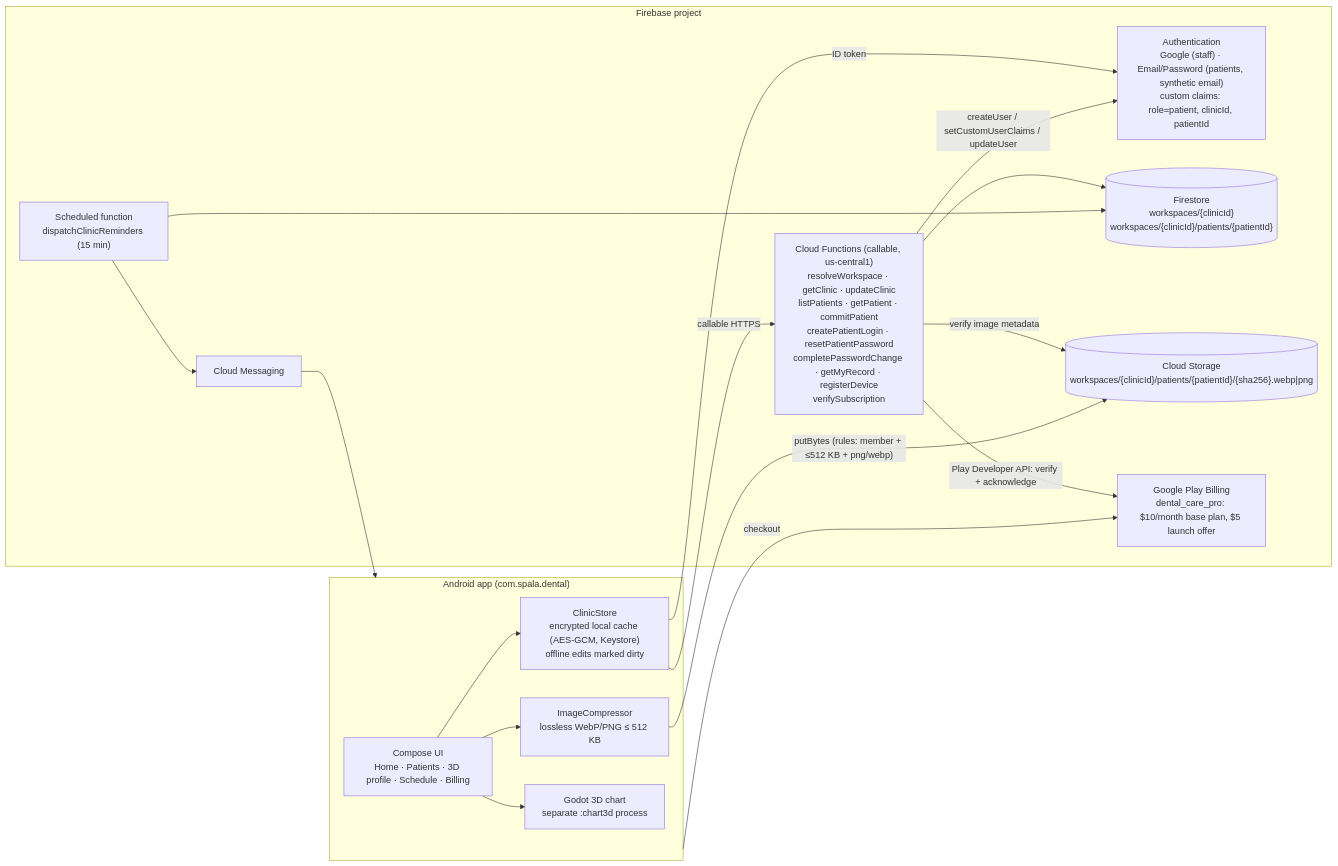
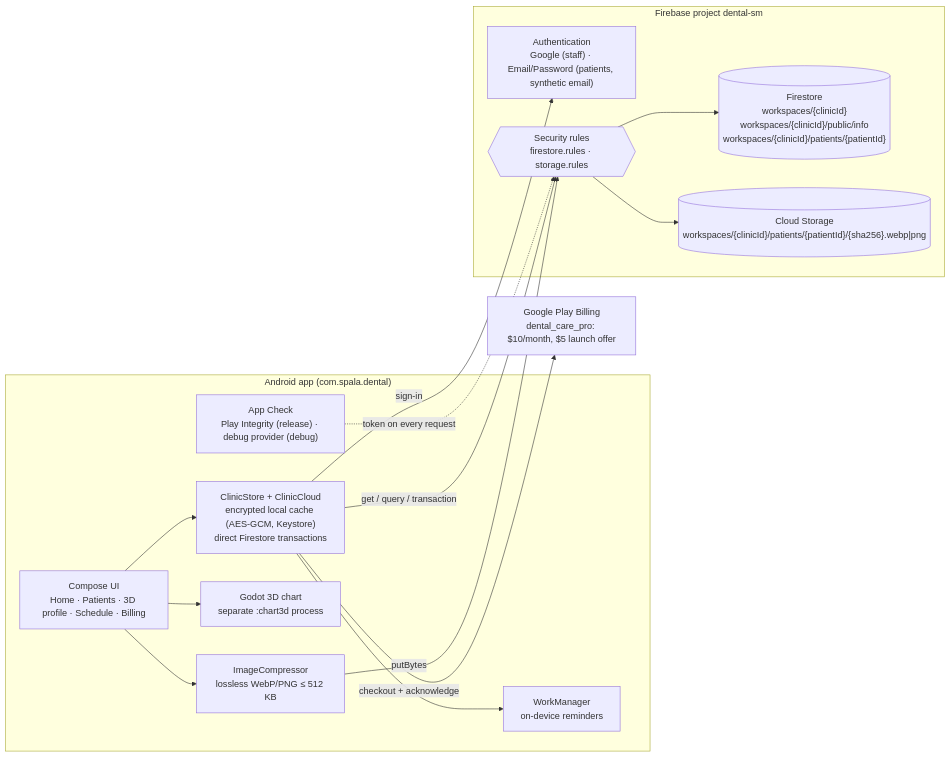
Before and after one commit to arifincsebuet/Dental: the first of 6 diagrams in Docs/firebase_architecture.md, drawn with Mermaid. The commit also changed other lines of this file and 30 other files, not shown here.

First line of the commit message:
Remove Cloud Functions: direct Firestore access secured by rules, App Check

````diff
--- a/Docs/firebase_architecture.md
+++ b/Docs/firebase_architecture.md
@@ -17,33 +17,29 @@
 ```mermaid
 flowchart LR
   subgraph Android["Android app (com.spala.dental)"]
     UI["Compose UI<br/>Home · Patients · 3D profile · Schedule · Billing"]
-    Store["ClinicStore<br/>encrypted local cache (AES-GCM, Keystore)<br/>offline edits marked dirty"]
+    Store["ClinicStore + ClinicCloud<br/>encrypted local cache (AES-GCM, Keystore)<br/>direct Firestore transactions"]
     Img["ImageCompressor<br/>lossless WebP/PNG ≤ 512 KB"]
+    WM["WorkManager<br/>on-device reminders"]
     G3D["Godot 3D chart<br/>separate :chart3d process"]
+    AC["App Check<br/>Play Integrity (release) · debug provider (debug)"]
     UI --> Store
     UI --> G3D
     UI --> Img
+    Store --> WM
   end
 
-  subgraph Firebase["Firebase project"]
-    Auth["Authentication<br/>Google (staff) · Email/Password (patients, synthetic email)<br/>custom claims: role=patient, clinicId, patientId"]
-    Fn["Cloud Functions (callable, us-central1)<br/>resolveWorkspace · getClinic · updateClinic<br/>listPatients · getPatient · commitPatient<br/>createPatientLogin · resetPatientPassword<br/>completePasswordChange · getMyRecord · registerDevice<br/>verifySubscription"]
-    FS[("Firestore<br/>workspaces/{clinicId}<br/>workspaces/{clinicId}/patients/{patientId}")]
+  subgraph Firebase["Firebase project dental-sm"]
+    Auth["Authentication<br/>Google (staff) · Email/Password (patients, synthetic email)"]
+    Rules{{"Security rules<br/>firestore.rules · storage.rules"}}
+    FS[("Firestore<br/>workspaces/{clinicId}<br/>workspaces/{clinicId}/public/info<br/>workspaces/{clinicId}/patients/{patientId}")]
     ST[("Cloud Storage<br/>workspaces/{clinicId}/patients/{patientId}/{sha256}.webp|png")]
-    Play["Google Play Billing<br/>dental_care_pro: $10/month base plan, $5 launch offer"]
-    Sch["Scheduled function<br/>dispatchClinicReminders (15 min)"]
-    FCM["Cloud Messaging"]
   end
+  Play["Google Play Billing<br/>dental_care_pro: $10/month, $5 launch offer"]
 
-  Store -- "ID token" --> Auth
-  Store -- "callable HTTPS" --> Fn
-  Fn --> FS
-  Fn -- "verify image metadata" --> ST
-  Img -- "putBytes (rules: member + ≤512 KB + png/webp)" --> ST
-  Android -- "checkout" --> Play
-  Fn -- "Play Developer API: verify + acknowledge" --> Play
-  Sch --> FS
-  Sch --> FCM --> Android
-  Fn -- "createUser / setCustomUserClaims / updateUser" --> Auth
+  Store -- "sign-in" --> Auth
+  AC -. "token on every request" .-> Rules
+  Store -- "get / query / transaction" --> Rules --> FS
+  Img -- "putBytes" --> Rules --> ST
+  Store -- "checkout + acknowledge" --> Play
 ```
````
